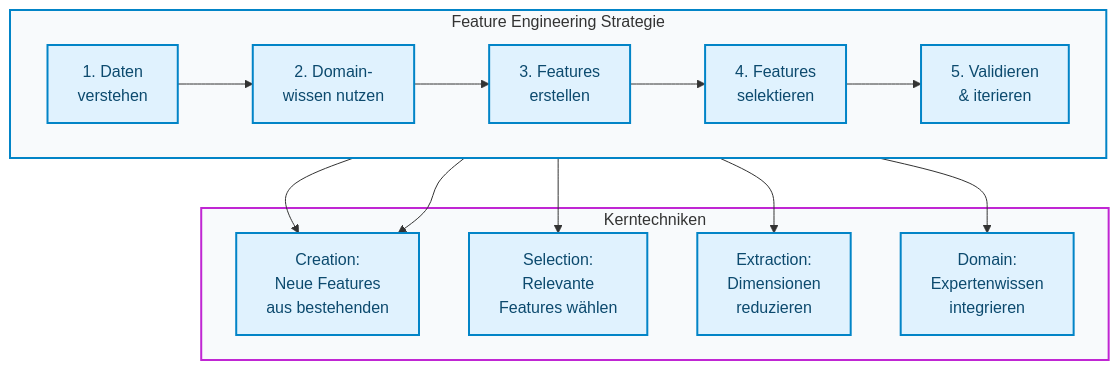
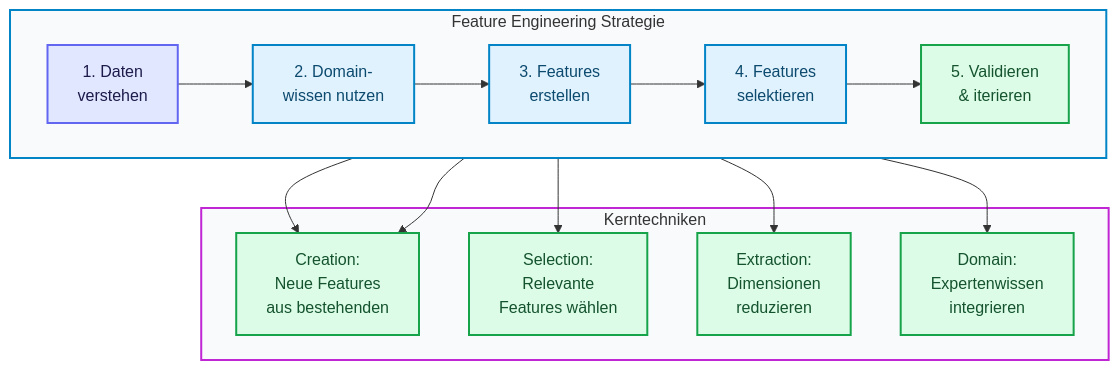
One commit to ralf-42/ML_Intro changed the fourth of 4 diagrams in docs/concepts/prepare/feature-engineering.md. Above: the diagram before and after it, drawn with Mermaid. The commit also changed other lines of this file and 49 other files, not shown here.

````diff
--- a/docs/concepts/prepare/feature-engineering.md
+++ b/docs/concepts/prepare/feature-engineering.md
@@ -694,27 +709,33 @@
 ```mermaid
 flowchart TB
     subgraph Strategie["Feature Engineering Strategie"]
         direction LR
         A[1. Daten<br/>verstehen] --> B[2. Domain-<br/>wissen nutzen]
         B --> C[3. Features<br/>erstellen]
         C --> D[4. Features<br/>selektieren]
         D --> E[5. Validieren<br/>& iterieren]
     end
     
     subgraph Techniken["Kerntechniken"]
         F[Creation:<br/>Neue Features<br/>aus bestehenden]
         G[Selection:<br/>Relevante<br/>Features wählen]
         H[Extraction:<br/>Dimensionen<br/>reduzieren]
         I[Domain:<br/>Expertenwissen<br/>integrieren]
     end
     
     A --> F
     B --> I
     C --> F
     C --> H
     D --> G
 
-    classDef default fill:#e0f2fe,stroke:#0284c7,stroke-width:2px,color:#0c4a6e;
     style Strategie fill:#f8fafc,stroke:#0284c7,stroke-width:2px
     style Techniken fill:#f8fafc,stroke:#c026d3,stroke-width:2px
+
+    classDef default fill:#e0f2fe,stroke:#0284c7,stroke-width:2px,color:#0c4a6e;
+    classDef input fill:#e0e7ff,stroke:#6366f1,stroke-width:2px,color:#1e1b4b;
+    classDef output fill:#dcfce7,stroke:#16a34a,stroke-width:2px,color:#14532d;
+
+    class A input;
+    class E,F,G,H,I output;
 ```
````
